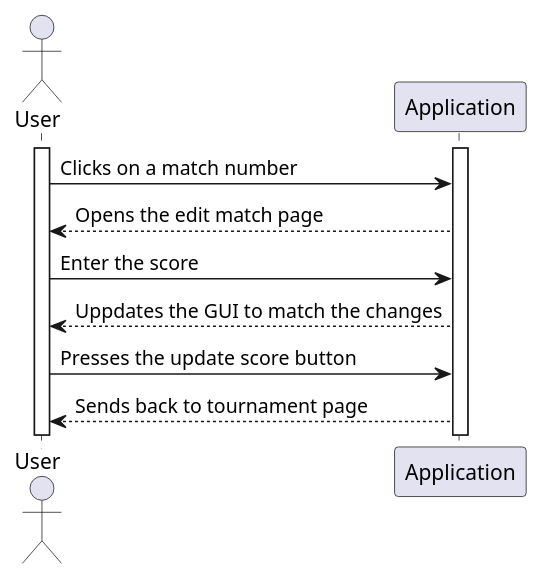
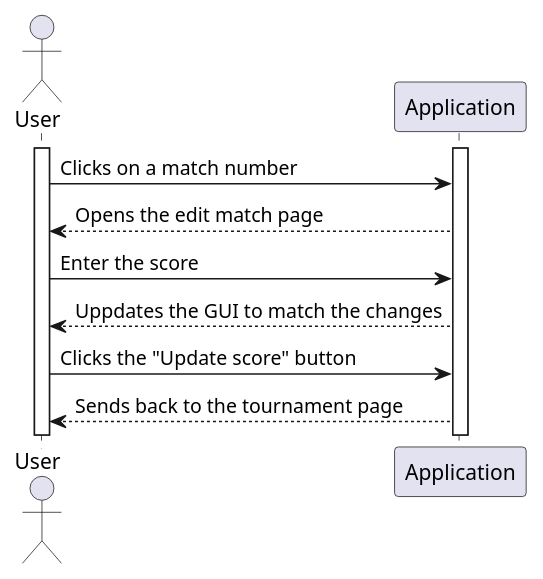
Before and after one commit to itzMesh/DCST1008-Prosjekt: the diagram in ProjektUML/SequencediagramUserAppData/sequence_diagram_editMatch.wsd, drawn with PlantUML. The commit also changed 7 other files, not shown here.

Commit message:
uml typos

```diff
--- a/ProjektUML/SequencediagramUserAppData/sequence_diagram_editMatch.wsd
+++ b/ProjektUML/SequencediagramUserAppData/sequence_diagram_editMatch.wsd
@@ -1,17 +1,17 @@
 @startuml editMatch
 
 actor User as U
 participant Application as A
 
 activate U
 activate A
 
 
 U->A: Clicks on a match number
 A-->U: Opens the edit match page
 U->A: Enter the score
 A-->U: Uppdates the GUI to match the changes
-U->A: Presses the update score button 
-A-->U: Sends back to tournament page 
+U->A: Clicks the "Update score" button 
+A-->U: Sends back to the tournament page 
 
 @enduml
```
